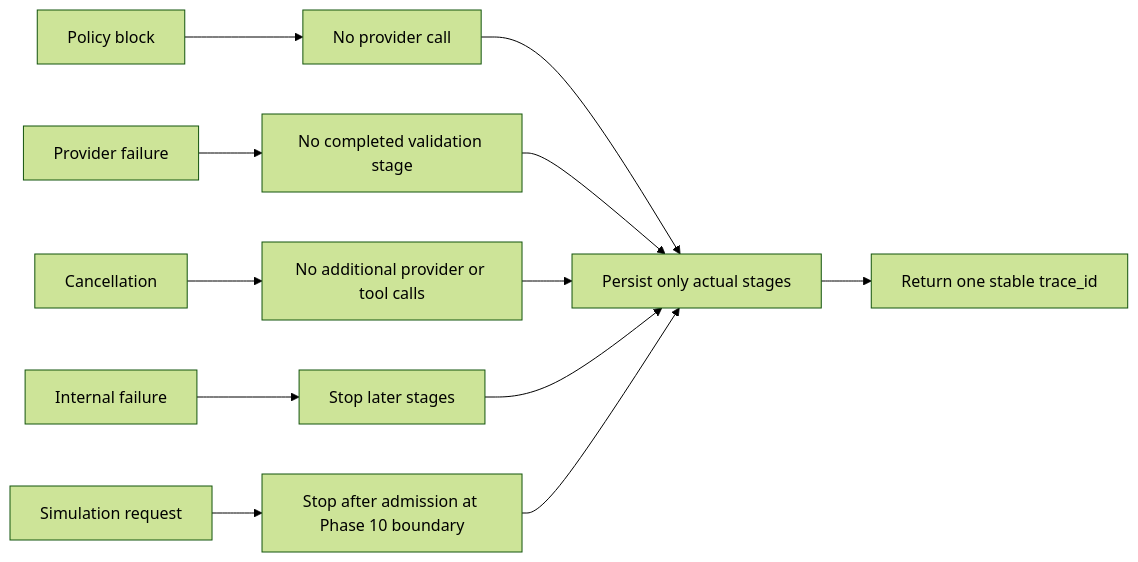
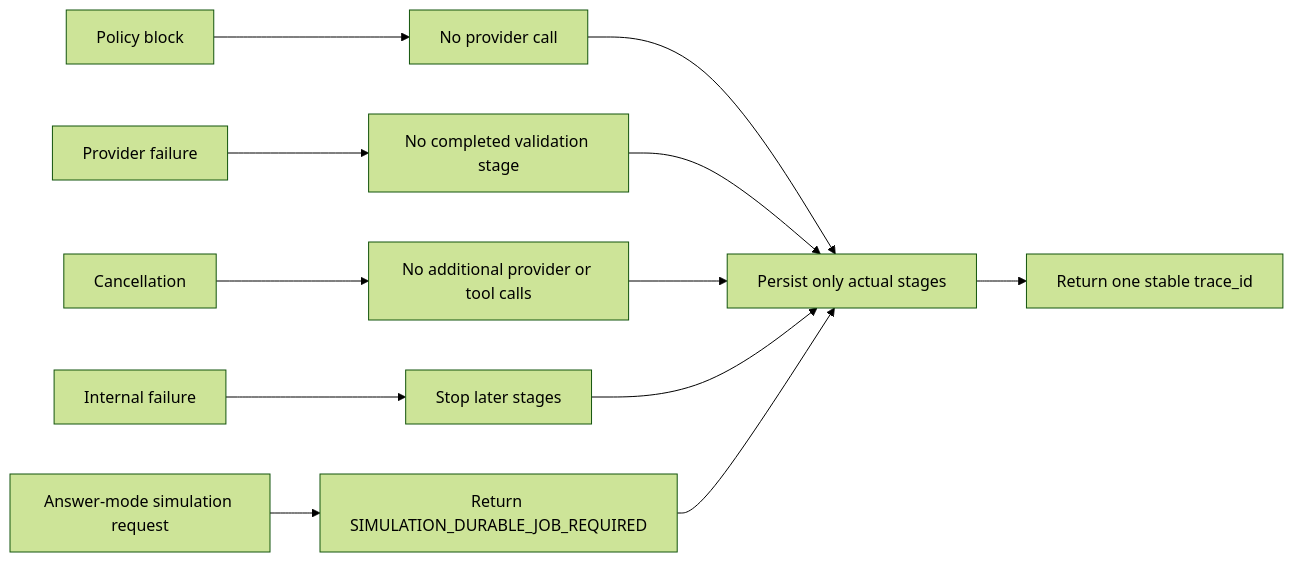
Before and after one commit to kherrera6219/DataLogicEngine: the third of 3 diagrams in docs/diagrams/12_end_to_end_request_lifecycle.md, drawn with Mermaid (forest theme). The commit also changed other lines of this file and 66 other files, not shown here.

Commit message:
Complete Phase 10 durable simulation workflow

````diff
--- a/docs/diagrams/12_end_to_end_request_lifecycle.md
+++ b/docs/diagrams/12_end_to_end_request_lifecycle.md
@@ -99,14 +99,14 @@
 ```mermaid
 flowchart LR
     P["Policy block"] --> NP["No provider call"]
     PF["Provider failure"] --> NV["No completed validation stage"]
     C["Cancellation"] --> NC["No additional provider or tool calls"]
     I["Internal failure"] --> STOP["Stop later stages"]
-    S["Simulation request"] --> B["Stop after admission at Phase 10 boundary"]
+    S["Answer-mode simulation request"] --> B["Return SIMULATION_DURABLE_JOB_REQUIRED"]
     NP --> TRACE["Persist only actual stages"]
     NV --> TRACE
     NC --> TRACE
     STOP --> TRACE
     B --> TRACE
     TRACE --> ID["Return one stable trace_id"]
 ```
````
